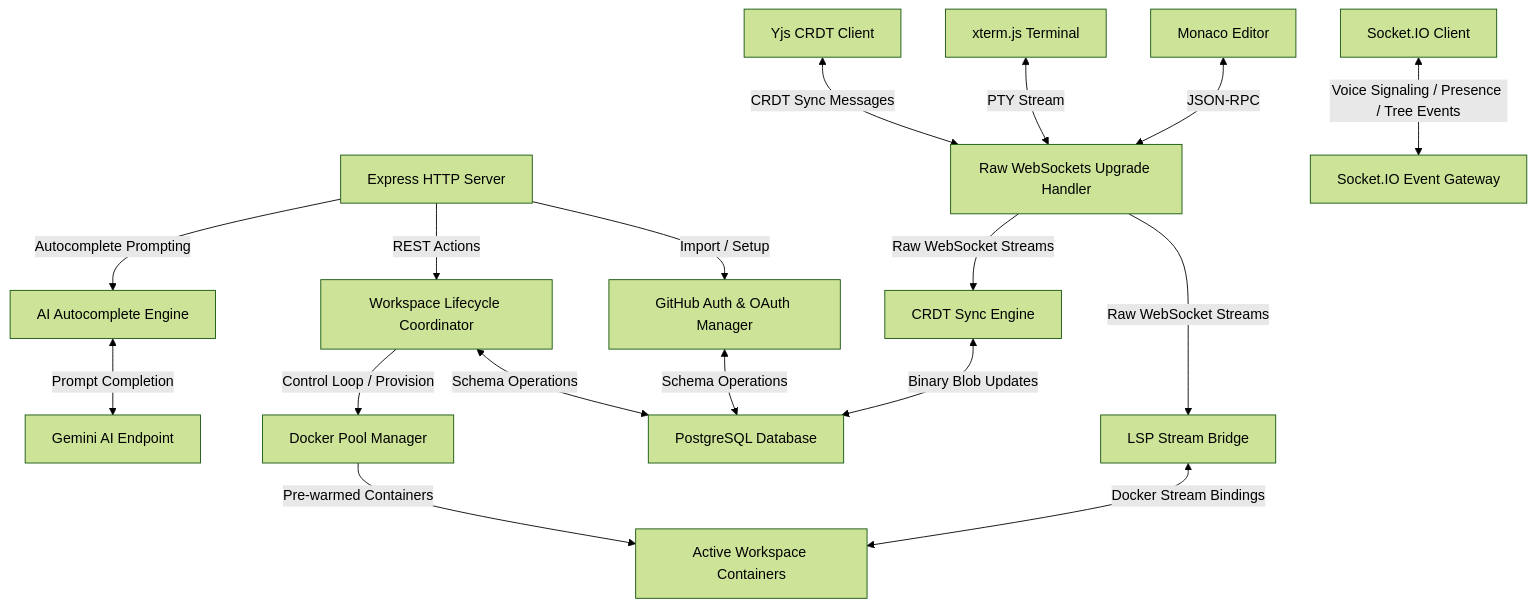
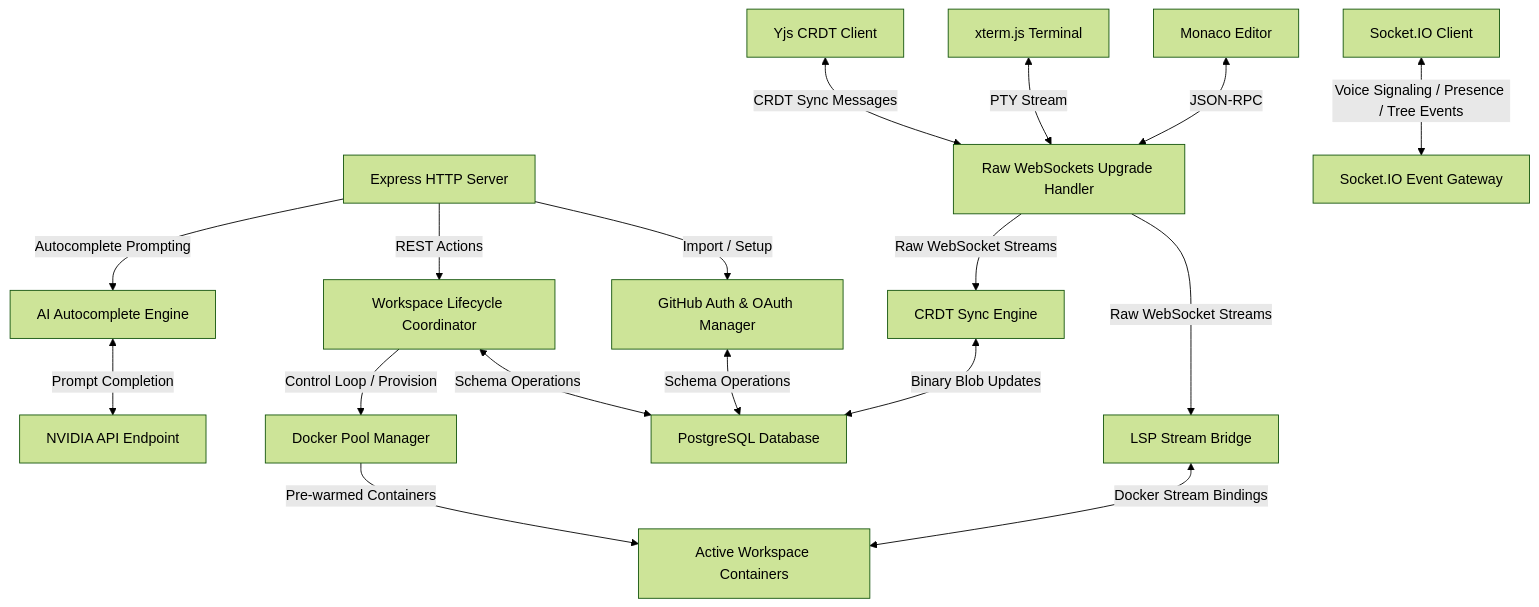
Before and after one commit to AmanKashyapp07/NexusIDE: the diagram in README.md, drawn with Mermaid (forest theme). The commit also changed other lines of this file and 5 other files, not shown here.

Commit message:
refactor: replace Gemini with NVIDIA-hosted Llama for code completion, disable editor diagnostics, and add toast notifications for workspace actions.

````diff
--- a/README.md
+++ b/README.md
@@ -71,46 +71,46 @@
 ```mermaid
 graph TD
     %% Browser Layer
     A1[Monaco Editor]
     A2[xterm.js Terminal]
     A3[Yjs CRDT Client]
     A4[Socket.IO Client]
 
     %% Gateway Layer
     B1[Express HTTP Server]
     B2[Raw WebSockets Upgrade Handler]
     B3[Socket.IO Event Gateway]
 
     %% Business Logic
     C1[GitHub Auth & OAuth Manager]
     C2[Workspace Lifecycle Coordinator]
     C3[LSP Stream Bridge]
     C4[AI Autocomplete Engine]
     C5[CRDT Sync Engine]
 
     %% Resource Layer
     D1[PostgreSQL Database]
     D2[Docker Pool Manager]
     D3[Active Workspace Containers]
-    D4[Gemini AI Endpoint]
+    D4[NVIDIA API Endpoint]
 
     %% Client to Gateway Connections
     A1 <-->|JSON-RPC| B2
     A2 <-->|PTY Stream| B2
     A3 <-->|CRDT Sync Messages| B2
     A4 <-->|Voice Signaling / Presence / Tree Events| B3
 
     %% Gateway to Logic Routing
     B1 -->|Import / Setup| C1
     B1 -->|REST Actions| C2
     B2 -->|Raw WebSocket Streams| C3 & C5
     B1 -->|Autocomplete Prompting| C4
 
     %% Logic to Infrastructure / Resource Connections
     C1 & C2 <-->|Schema Operations| D1
     C2 -->|Control Loop / Provision| D2
     D2 -->|Pre-warmed Containers| D3
     C3 <-->|Docker Stream Bindings| D3
     C4 <-->|Prompt Completion| D4
     C5 <-->|Binary Blob Updates| D1
 ```
````
